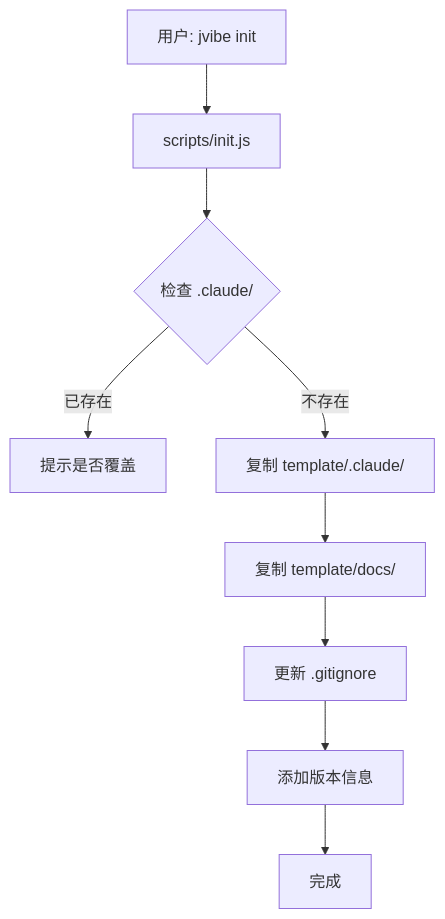
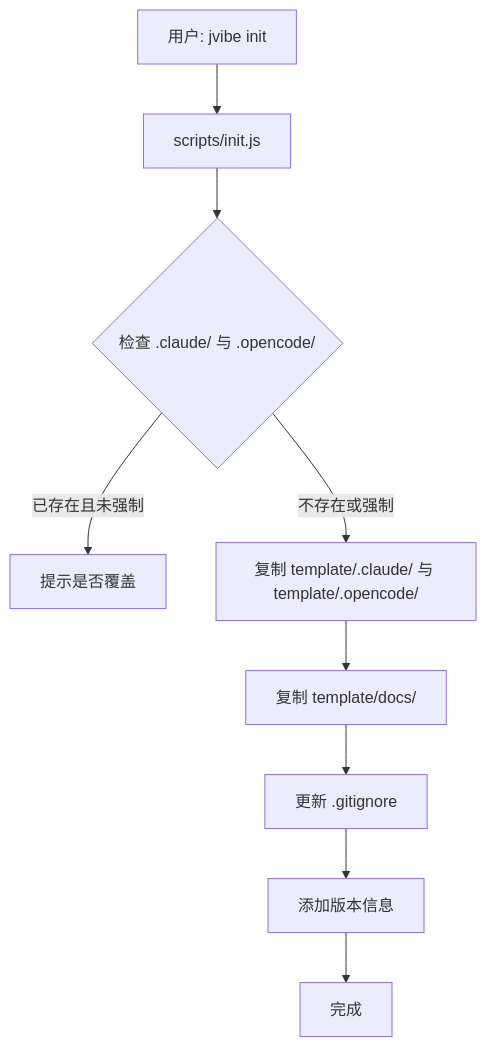
The first of 2 diagrams in docs/ARCHITECTURE.md (9963KK/VibeCoding-Tech), drawn with Mermaid before and after one commit. The commit also changed other lines of this file and 31 other files, not shown here.

````diff
--- a/docs/ARCHITECTURE.md
+++ b/docs/ARCHITECTURE.md
@@ -138,11 +154,11 @@
 ```mermaid
 graph TD
     A[用户: jvibe init] --> B[scripts/init.js]
-    B --> C{检查 .claude/}
-    C -->|已存在| D[提示是否覆盖]
-    C -->|不存在| E[复制 template/.claude/]
+    B --> C{检查 .claude/ 与 .opencode/}
+    C -->|已存在且未强制| D[提示是否覆盖]
+    C -->|不存在或强制| E[复制 template/.claude/ 与 template/.opencode/]
     E --> F[复制 template/docs/]
     F --> G[更新 .gitignore]
     G --> H[添加版本信息]
     H --> I[完成]
 ```
````
